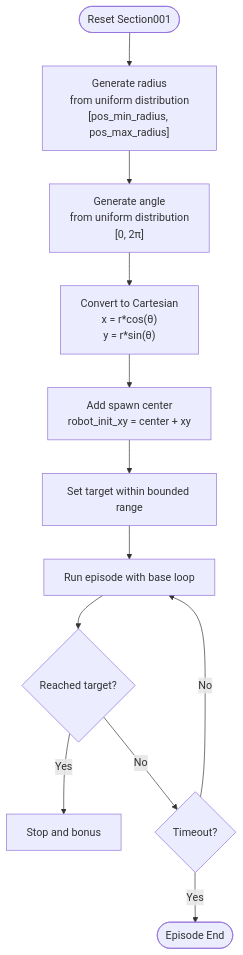
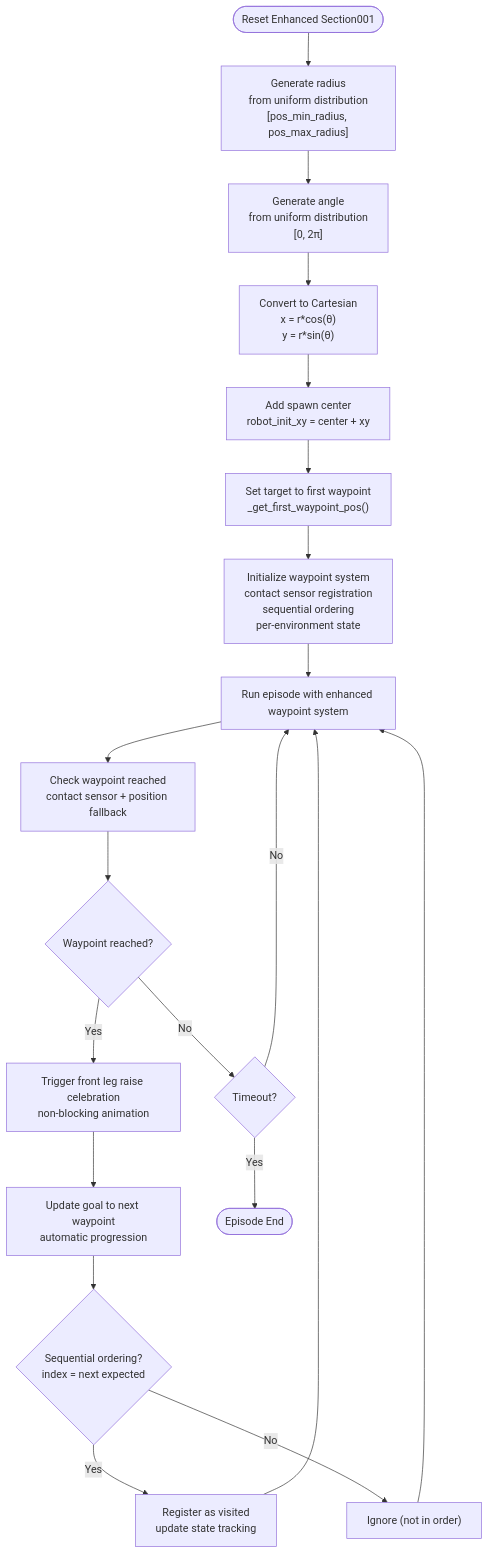
Before and after one commit to jayjayhust/MotrixLab: the third of 12 diagrams in .qoder/repowiki/en/content/Navigation Environments/VBot Navigation/Track Sections.md, drawn with Mermaid. The commit also changed other lines of this file and 27 other files, not shown here.

````diff
--- a/.qoder/repowiki/en/content/Navigation Environments/VBot Navigation/Track Sections.md
+++ b/.qoder/repowiki/en/content/Navigation Environments/VBot Navigation/Track Sections.md
@@ -232,14 +287,22 @@
 ```mermaid
 flowchart TD
-Start(["Reset Section001"]) --> GenerateRadius["Generate radius<br/>from uniform distribution<br/>[pos_min_radius, pos_max_radius]"]
+Start(["Reset Enhanced Section001"]) --> GenerateRadius["Generate radius<br/>from uniform distribution<br/>[pos_min_radius, pos_max_radius]"]
 GenerateRadius --> GenerateAngle["Generate angle<br/>from uniform distribution<br/>[0, 2π]"]
 GenerateAngle --> ConvertToXY["Convert to Cartesian<br/>x = r*cos(θ)<br/>y = r*sin(θ)"]
 ConvertToXY --> AddCenter["Add spawn center<br/>robot_init_xy = center + xy"]
-AddCenter --> SetGoal["Set target within bounded range"]
-SetGoal --> Run["Run episode with base loop"]
-Run --> Reach{"Reached target?"}
-Reach --> |Yes| Stop["Stop and bonus"]
-Reach --> |No| Timeout{"Timeout?"}
+AddCenter --> SetGoal["Set target to first waypoint<br/>_get_first_waypoint_pos()"]
+SetGoal --> InitWaypointSystem["Initialize waypoint system<br/>contact sensor registration<br/>sequential ordering<br/>per-environment state"]
+InitWaypointSystem --> Run["Run episode with enhanced waypoint system"]
+Run --> CheckWaypoint["Check waypoint reached<br/>contact sensor + position fallback"]
+CheckWaypoint --> Reached{"Waypoint reached?"}
+Reached --> |Yes| TriggerCelebration["Trigger front leg raise celebration<br/>non-blocking animation"]
+TriggerCelebration --> UpdateGoal["Update goal to next waypoint<br/>automatic progression"]
+UpdateGoal --> CheckOrdering{"Sequential ordering?<br/>index = next expected"}
+CheckOrdering --> |Yes| RegisterVisited["Register as visited<br/>update state tracking"]
+CheckOrdering --> |No| Ignore["Ignore (not in order)"]
+RegisterVisited --> Run
+Ignore --> Run
+Reached --> |No| Timeout{"Timeout?"}
 Timeout --> |Yes| End(["Episode End"])
 Timeout --> |No| Run
 ```
````
